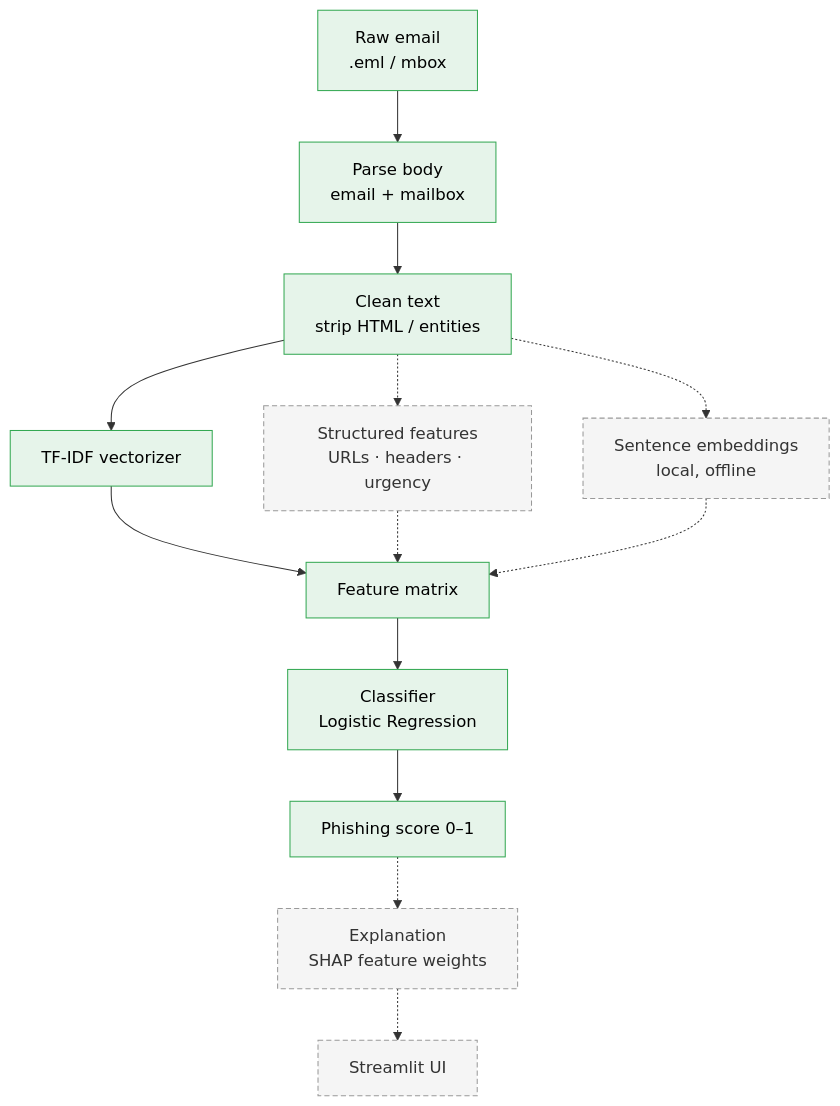
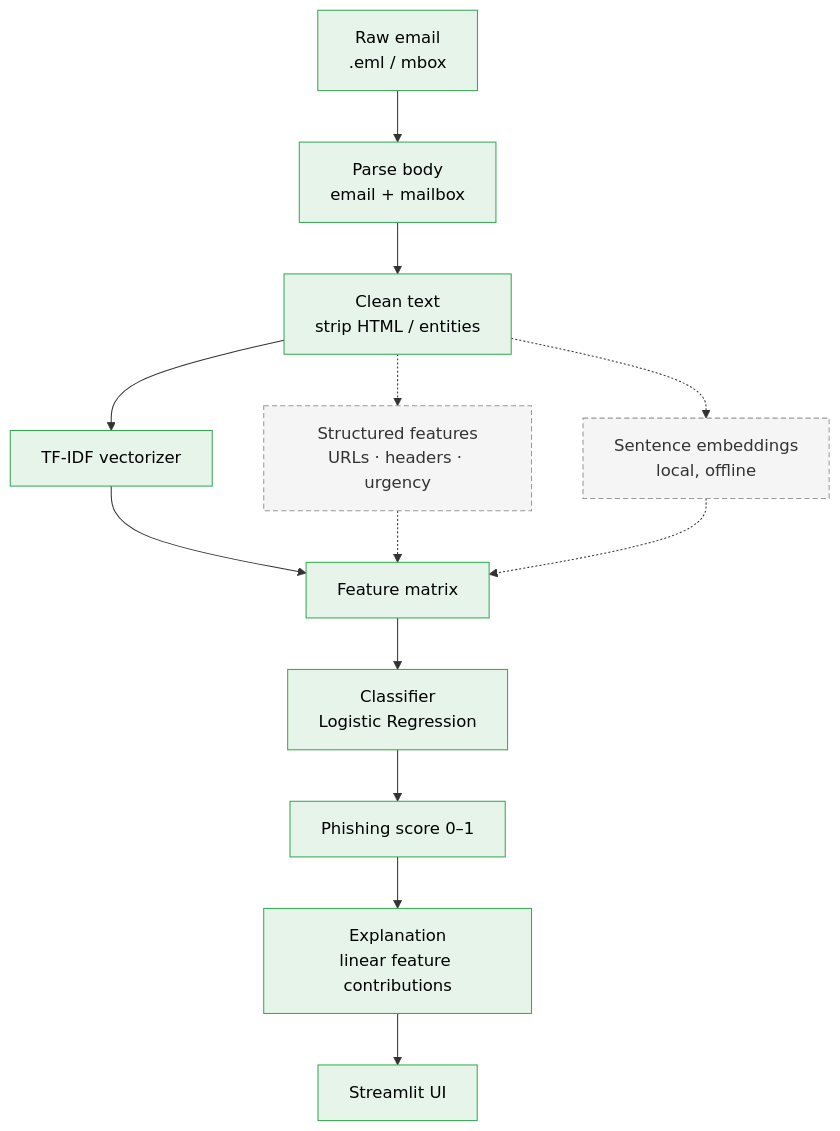
The diagram in README.md (RealBMan/phishing-email-detector), drawn with Mermaid before and after one commit. The commit also changed other lines of this file and 7 other files, not shown here.

````diff
--- a/README.md
+++ b/README.md
@@ -12,23 +21,23 @@
 ```mermaid
 flowchart TD
     A[Raw email<br/>.eml / mbox] --> B[Parse body<br/>email + mailbox]
     B --> C[Clean text<br/>strip HTML / entities]
 
     C --> D[TF-IDF vectorizer]
     C -.-> E[Structured features<br/>URLs · headers · urgency]
     C -.-> F[Sentence embeddings<br/>local, offline]
 
     D --> G[Feature matrix]
     E -.-> G
     F -.-> G
 
     G --> H[Classifier<br/>Logistic Regression]
     H --> I[Phishing score 0–1]
-    I -.-> J[Explanation<br/>SHAP feature weights]
-    J -.-> K[Streamlit UI]
+    I --> J[Explanation<br/>linear feature contributions]
+    J --> K[Streamlit UI]
 
     classDef done fill:#e6f4ea,stroke:#34a853,color:#000;
     classDef planned fill:#f5f5f5,stroke:#999,stroke-dasharray:5 3,color:#333;
-    class A,B,C,D,G,H,I done;
-    class E,F,J,K planned;
+    class A,B,C,D,G,H,I,J,K done;
+    class E,F planned;
 ```
````
